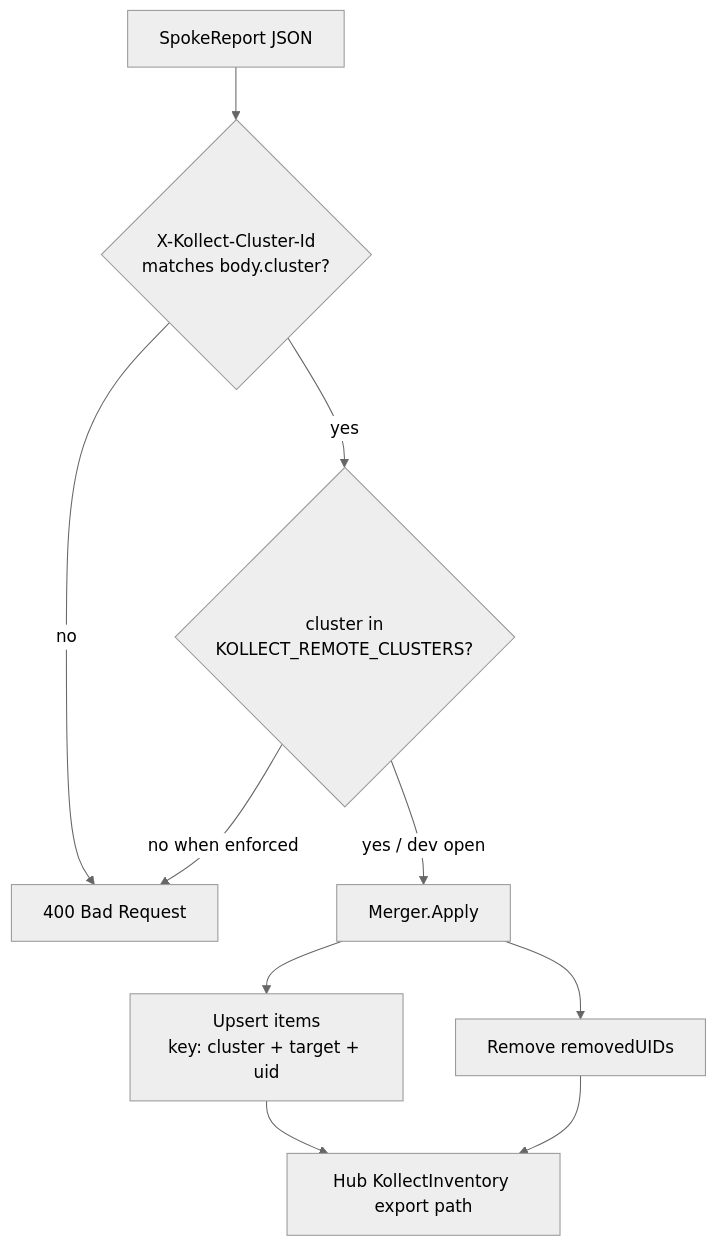
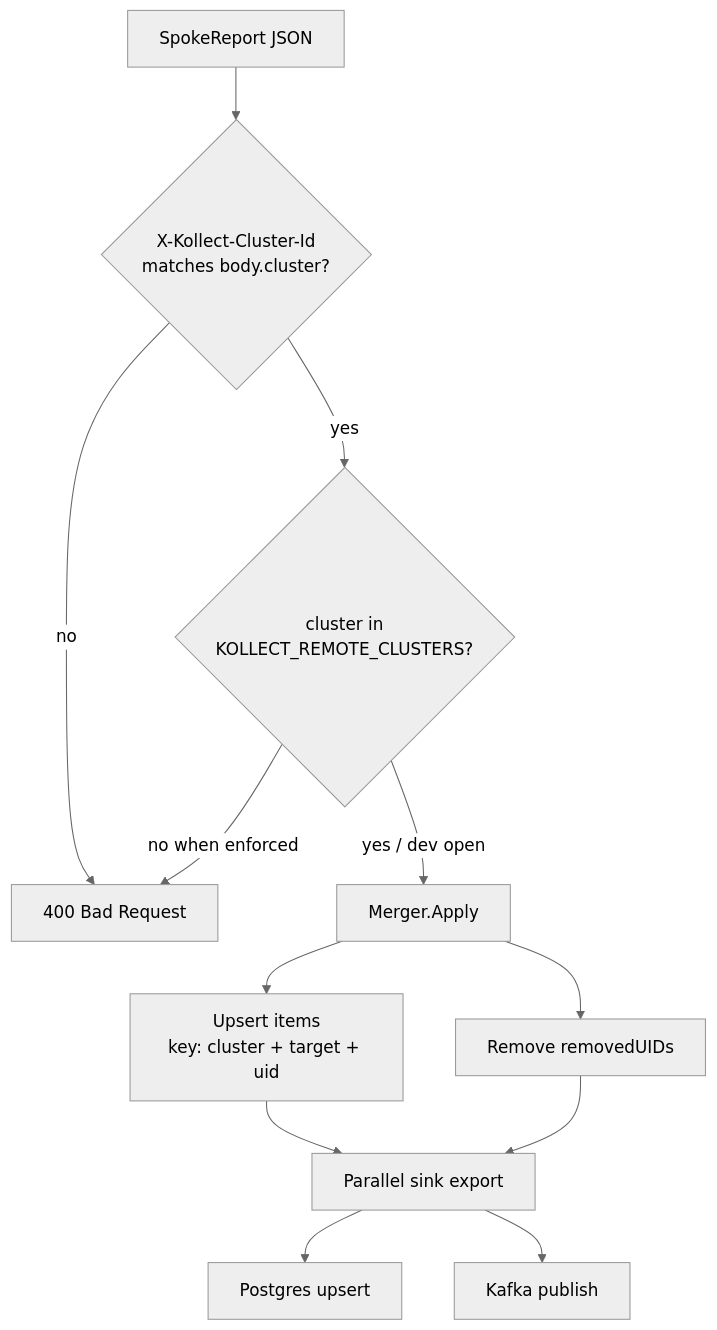
Before and after one commit to konih/kollect: the ninth of 11 diagrams in docs/DATA-FLOWS.md, drawn with Mermaid (neutral theme). The commit also changed other lines of this file and 7 other files, not shown here.

First line of the commit message:
:page_facing_up: docs: polish CR reference and hub data flows

````diff
--- a/docs/DATA-FLOWS.md
+++ b/docs/DATA-FLOWS.md
@@ -256,12 +259,14 @@
 ```mermaid
 flowchart TD
   Report[SpokeReport JSON] --> Wire{X-Kollect-Cluster-Id<br/>matches body.cluster?}
   Wire -->|no| Reject[400 Bad Request]
   Wire -->|yes| ACL{cluster in<br/>KOLLECT_REMOTE_CLUSTERS?}
   ACL -->|no when enforced| Reject
   ACL -->|yes / dev open| Apply[Merger.Apply]
   Apply --> Upsert[Upsert items<br/>key: cluster + target + uid]
   Apply --> Remove[Remove removedUIDs]
-  Upsert --> HubInv[Hub KollectInventory export path]
-  Remove --> HubInv
+  Upsert --> HubExport[Parallel sink export]
+  Remove --> HubExport
+  HubExport --> PG[Postgres upsert]
+  HubExport --> KF[Kafka publish]
 ```
````
